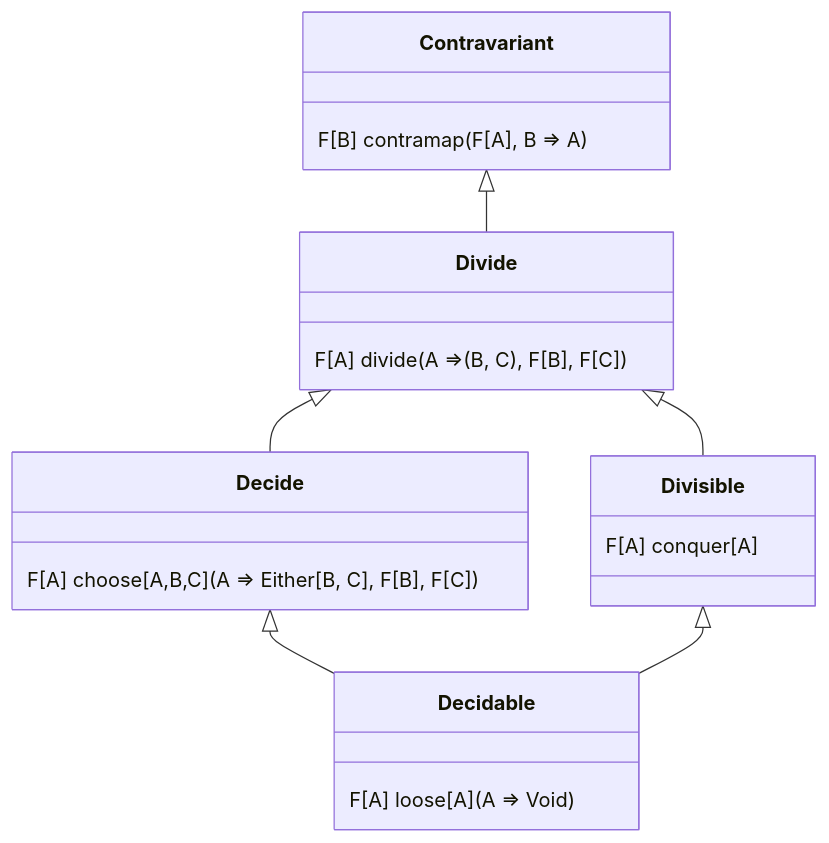
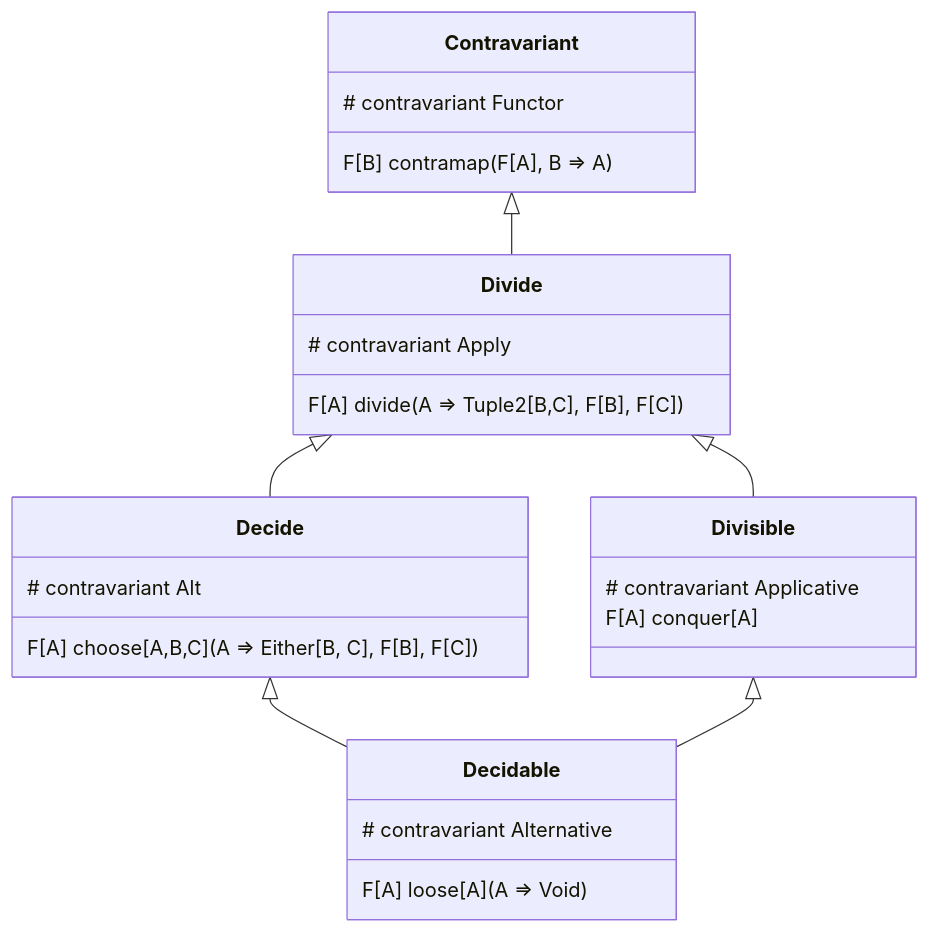
One commit to lemastero/scala_typeclassopedia changed the diagram in Contravariant.MD. Above: the diagram before and after it, drawn with Mermaid.

Commit message:
add contravariant class diagram update

````diff
--- a/Contravariant.MD
+++ b/Contravariant.MD
@@ -1,18 +1,33 @@
 ```mermaid
 classDiagram
    Contravariant <|-- Divide
    Divide <|-- Divisible
    Divide <|-- Decide
    Decide <|-- Decidable
    Divisible <|-- Decidable
 
-   Contravariant : F[B] contramap(F[A], B => A)
+   class Contravariant {
+     # contravariant Functor  
+     F[B] contramap(F[A], B => A)
+   }
 
-   Divide : F[A] divide(A => (B, C), F[B], F[C])
+   class Divide {
+     # contravariant Apply 
+     F[A] divide(A => Tuple2[B,C], F[B], F[C])
+   }
 
-   Decide : F[A] choose[A,B,C](A => Either[B, C], F[B], F[C])
+   class Decide {
+     # contravariant Alt  
+     F[A] choose[A,B,C](A => Either[B, C], F[B], F[C])
+   }
 
-   Divisible : F[A] conquer[A]
+   class Divisible {
+     # contravariant Applicative
+     F[A] conquer[A]
+   }
 
-   Decidable : F[A] loose[A](A => Void)
+   class Decidable {
+     # contravariant Alternative  
+    F[A] loose[A](A => Void)
+   }
 ```
````
